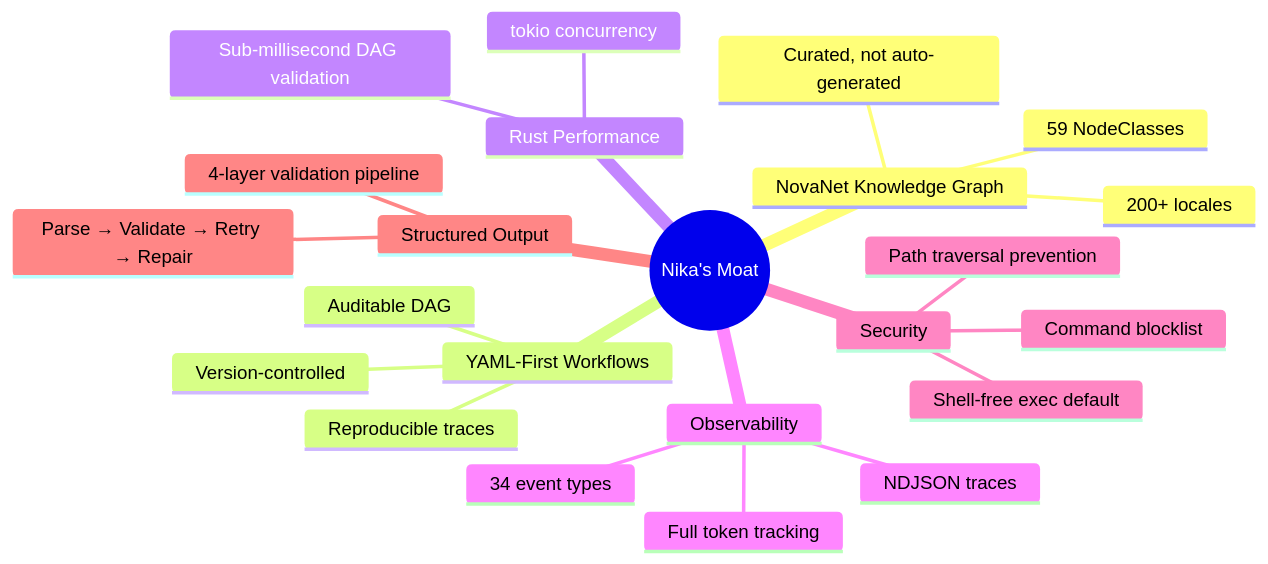
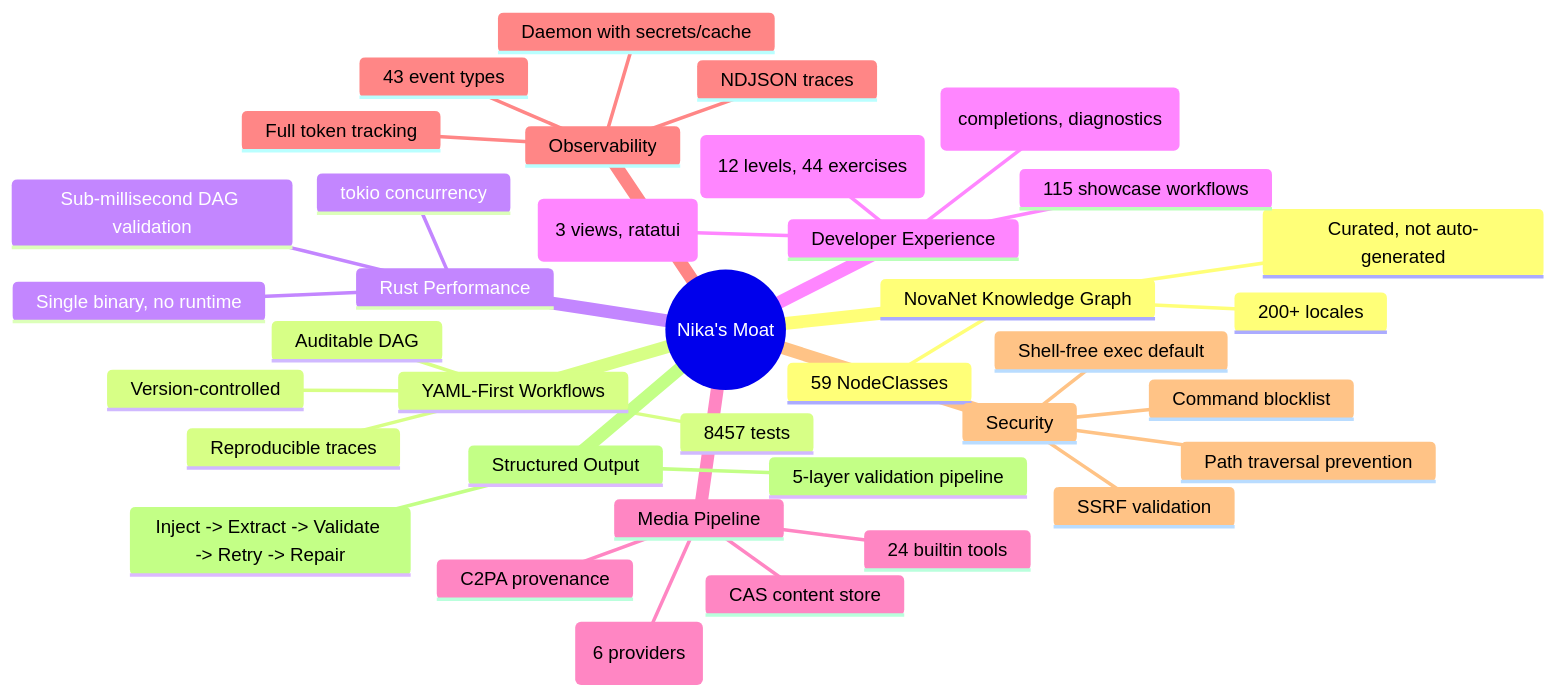
The seventh of 15 diagrams in docs/vision/03-competitive-and-inspiration.md (supernovae-st/nika), drawn with Mermaid before and after one commit. The commit also changed other lines of this file and 5 other files, not shown here.

````diff
--- a/docs/vision/03-competitive-and-inspiration.md
+++ b/docs/vision/03-competitive-and-inspiration.md
@@ -345,26 +496,40 @@
 ```mermaid
 mindmap
     root((Nika's Moat))
         NovaNet Knowledge Graph
             Curated, not auto-generated
             59 NodeClasses
             200+ locales
         YAML-First Workflows
             Version-controlled
             Auditable DAG
             Reproducible traces
+            8457 tests
         Rust Performance
             tokio concurrency
             Sub-millisecond DAG validation
+            Single binary, no runtime
+        Developer Experience
+            TUI (3 views, ratatui)
+            LSP (completions, diagnostics)
+            Course (12 levels, 44 exercises)
+            115 showcase workflows
+        Media Pipeline
+            24 builtin tools
+            CAS content store
+            Vision support (6 providers)
+            C2PA provenance
         Observability
-            34 event types
+            43 event types
             NDJSON traces
             Full token tracking
+            Daemon with secrets/cache
         Security
             Shell-free exec default
             Command blocklist
             Path traversal prevention
+            SSRF validation
         Structured Output
-            4-layer validation pipeline
-            Parse → Validate → Retry → Repair
+            5-layer validation pipeline
+            Inject -> Extract -> Validate -> Retry -> Repair
 ```
````
